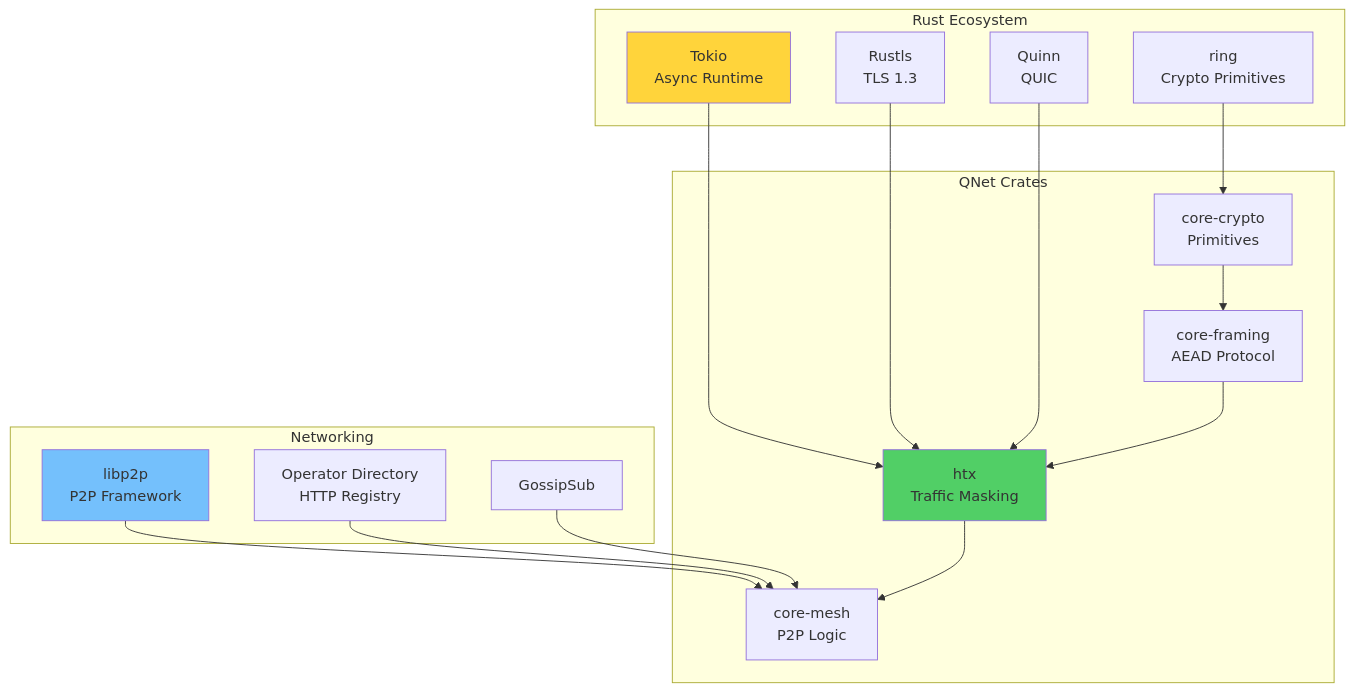
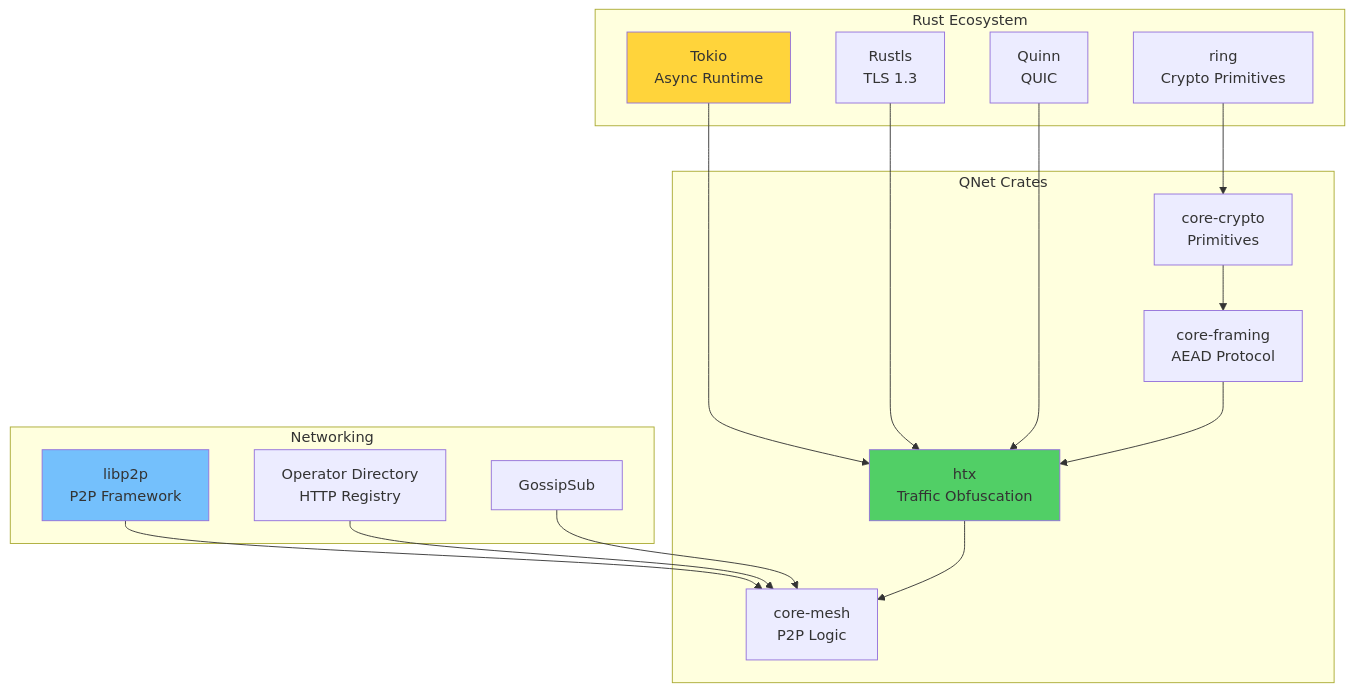
The ninth of 13 diagrams in README.md (QW1CKS/qnet), drawn with Mermaid before and after one commit. The commit also changed other lines of this file and 29 other files, not shown here.

````diff
--- a/README.md
+++ b/README.md
@@ -519,38 +519,38 @@
 ```mermaid
 graph TB
     subgraph "Rust Ecosystem"
         Tokio[Tokio<br/>Async Runtime]
         Rustls[Rustls<br/>TLS 1.3]
         Quinn[Quinn<br/>QUIC]
         Ring[ring<br/>Crypto Primitives]
     end
     
     subgraph "Networking"
         Libp2p[libp2p<br/>P2P Framework]
         Directory[Operator Directory<br/>HTTP Registry]
         Gossip[GossipSub]
     end
     
     subgraph "QNet Crates"
-        HTX[htx<br/>Traffic Masking]
+        HTX[htx<br/>Traffic Obfuscation]
         Framing[core-framing<br/>AEAD Protocol]
         Crypto[core-crypto<br/>Primitives]
         Mesh[core-mesh<br/>P2P Logic]
     end
     
     Tokio --> HTX
     Rustls --> HTX
     Quinn --> HTX
     Ring --> Crypto
     Libp2p --> Mesh
     Directory --> Mesh
     Gossip --> Mesh
     
     Crypto --> Framing
     Framing --> HTX
     HTX --> Mesh
     
     style Tokio fill:#ffd43b
     style Libp2p fill:#74c0fc
     style HTX fill:#51cf66
 ```
````
